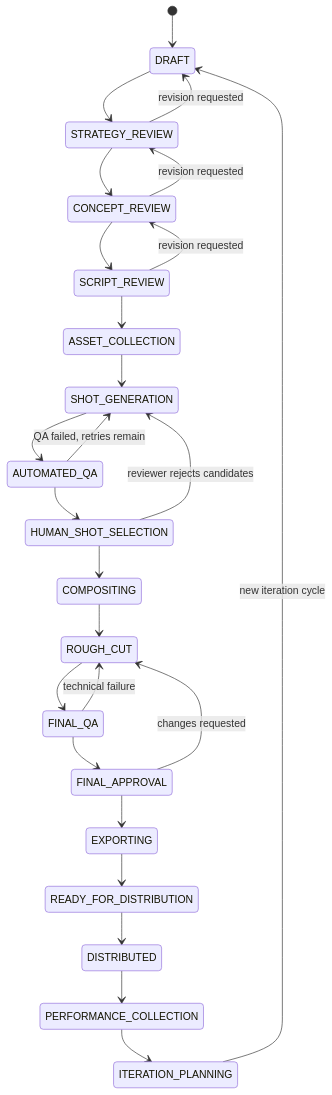
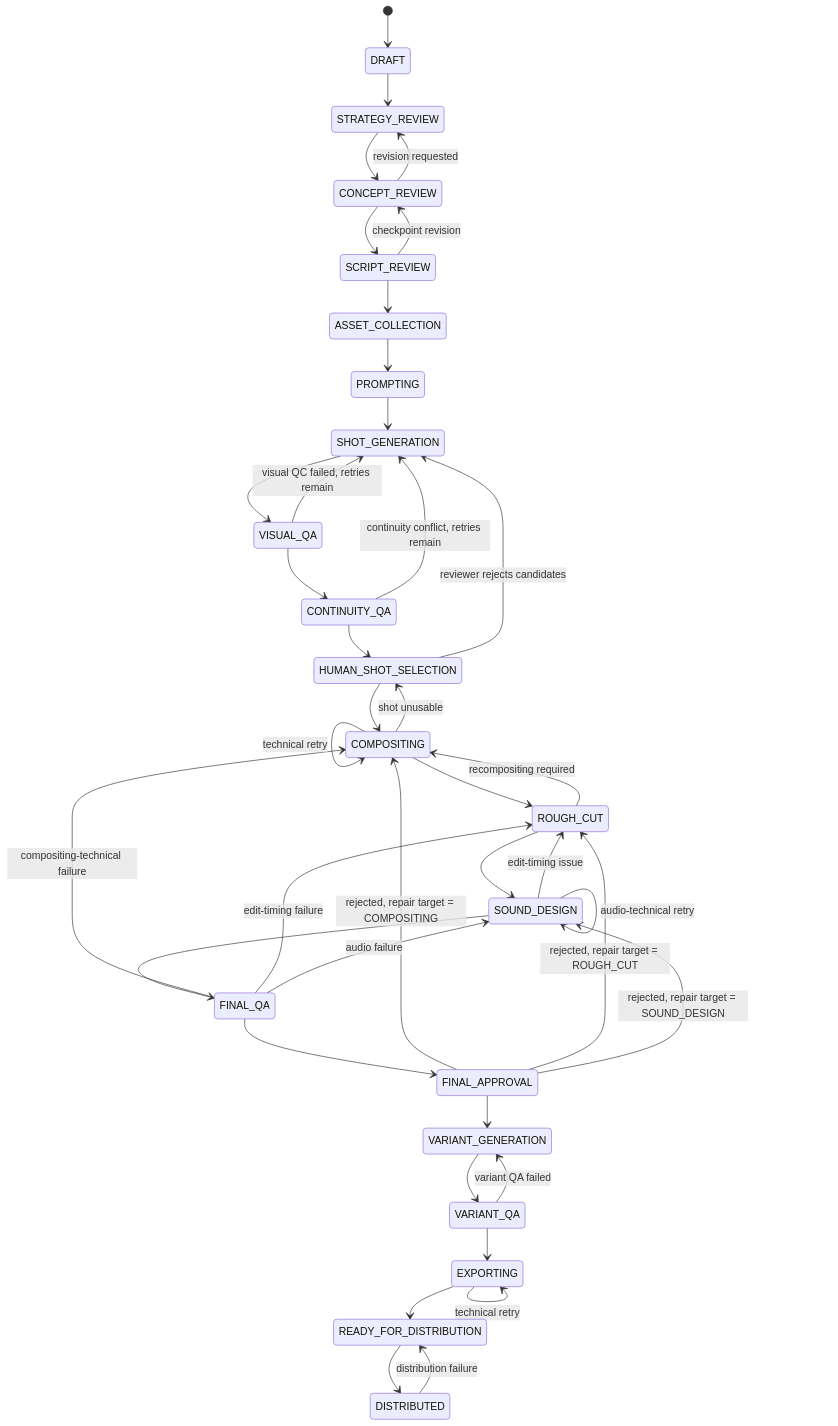
The diagram in docs/domain-model.md (markbyerley622-cpu/combat-creative-os), drawn with Mermaid before and after one commit. The commit also changed other lines of this file and 22 other files, not shown here.

````diff
--- a/docs/domain-model.md
+++ b/docs/domain-model.md
@@ -93,28 +101,42 @@
 ```mermaid
 stateDiagram-v2
     [*] --> DRAFT
     DRAFT --> STRATEGY_REVIEW
     STRATEGY_REVIEW --> CONCEPT_REVIEW
-    STRATEGY_REVIEW --> DRAFT: revision requested
     CONCEPT_REVIEW --> SCRIPT_REVIEW
     CONCEPT_REVIEW --> STRATEGY_REVIEW: revision requested
     SCRIPT_REVIEW --> ASSET_COLLECTION
-    SCRIPT_REVIEW --> CONCEPT_REVIEW: revision requested
-    ASSET_COLLECTION --> SHOT_GENERATION
-    SHOT_GENERATION --> AUTOMATED_QA
-    AUTOMATED_QA --> HUMAN_SHOT_SELECTION
-    AUTOMATED_QA --> SHOT_GENERATION: QA failed, retries remain
+    SCRIPT_REVIEW --> CONCEPT_REVIEW: checkpoint revision
+    ASSET_COLLECTION --> PROMPTING
+    PROMPTING --> SHOT_GENERATION
+    SHOT_GENERATION --> VISUAL_QA
+    VISUAL_QA --> CONTINUITY_QA
+    VISUAL_QA --> SHOT_GENERATION: visual QC failed, retries remain
+    CONTINUITY_QA --> HUMAN_SHOT_SELECTION
+    CONTINUITY_QA --> SHOT_GENERATION: continuity conflict, retries remain
     HUMAN_SHOT_SELECTION --> COMPOSITING
     HUMAN_SHOT_SELECTION --> SHOT_GENERATION: reviewer rejects candidates
     COMPOSITING --> ROUGH_CUT
-    ROUGH_CUT --> FINAL_QA
+    COMPOSITING --> HUMAN_SHOT_SELECTION: shot unusable
+    COMPOSITING --> COMPOSITING: technical retry
+    ROUGH_CUT --> SOUND_DESIGN
+    ROUGH_CUT --> COMPOSITING: recompositing required
+    SOUND_DESIGN --> FINAL_QA
+    SOUND_DESIGN --> ROUGH_CUT: edit-timing issue
+    SOUND_DESIGN --> SOUND_DESIGN: audio-technical retry
     FINAL_QA --> FINAL_APPROVAL
-    FINAL_QA --> ROUGH_CUT: technical failure
-    FINAL_APPROVAL --> EXPORTING
-    FINAL_APPROVAL --> ROUGH_CUT: changes requested
+    FINAL_QA --> COMPOSITING: compositing-technical failure
+    FINAL_QA --> ROUGH_CUT: edit-timing failure
+    FINAL_QA --> SOUND_DESIGN: audio failure
+    FINAL_APPROVAL --> VARIANT_GENERATION
+    FINAL_APPROVAL --> COMPOSITING: rejected, repair target = COMPOSITING
+    FINAL_APPROVAL --> ROUGH_CUT: rejected, repair target = ROUGH_CUT
+    FINAL_APPROVAL --> SOUND_DESIGN: rejected, repair target = SOUND_DESIGN
+    VARIANT_GENERATION --> VARIANT_QA
+    VARIANT_QA --> EXPORTING
+    VARIANT_QA --> VARIANT_GENERATION: variant QA failed
     EXPORTING --> READY_FOR_DISTRIBUTION
+    EXPORTING --> EXPORTING: technical retry
     READY_FOR_DISTRIBUTION --> DISTRIBUTED
-    DISTRIBUTED --> PERFORMANCE_COLLECTION
-    PERFORMANCE_COLLECTION --> ITERATION_PLANNING
-    ITERATION_PLANNING --> DRAFT: new iteration cycle
+    DISTRIBUTED --> READY_FOR_DISTRIBUTION: distribution failure
 ```
````
